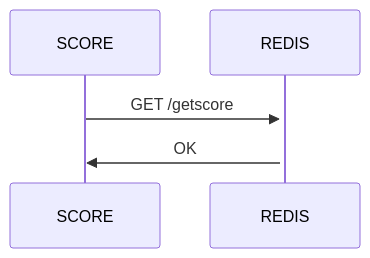
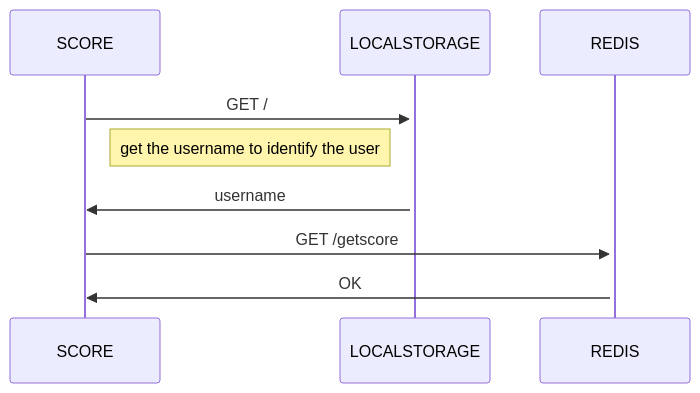
Before and after one commit to essadany/motus: the third of 3 diagrams in README.md, drawn with Mermaid. The commit also changed other lines of this file, not shown here.

````diff
--- a/README.md
+++ b/README.md
@@ -27,5 +28,8 @@
 ```mermaid
 sequenceDiagram
+    SCORE->>+LOCALSTORAGE : GET /
+    note left of LOCALSTORAGE : get the username to identify the user
+    LOCALSTORAGE->>SCORE: username
     SCORE->>+REDIS : GET /getscore
     REDIS->>SCORE : OK
 ```
````
